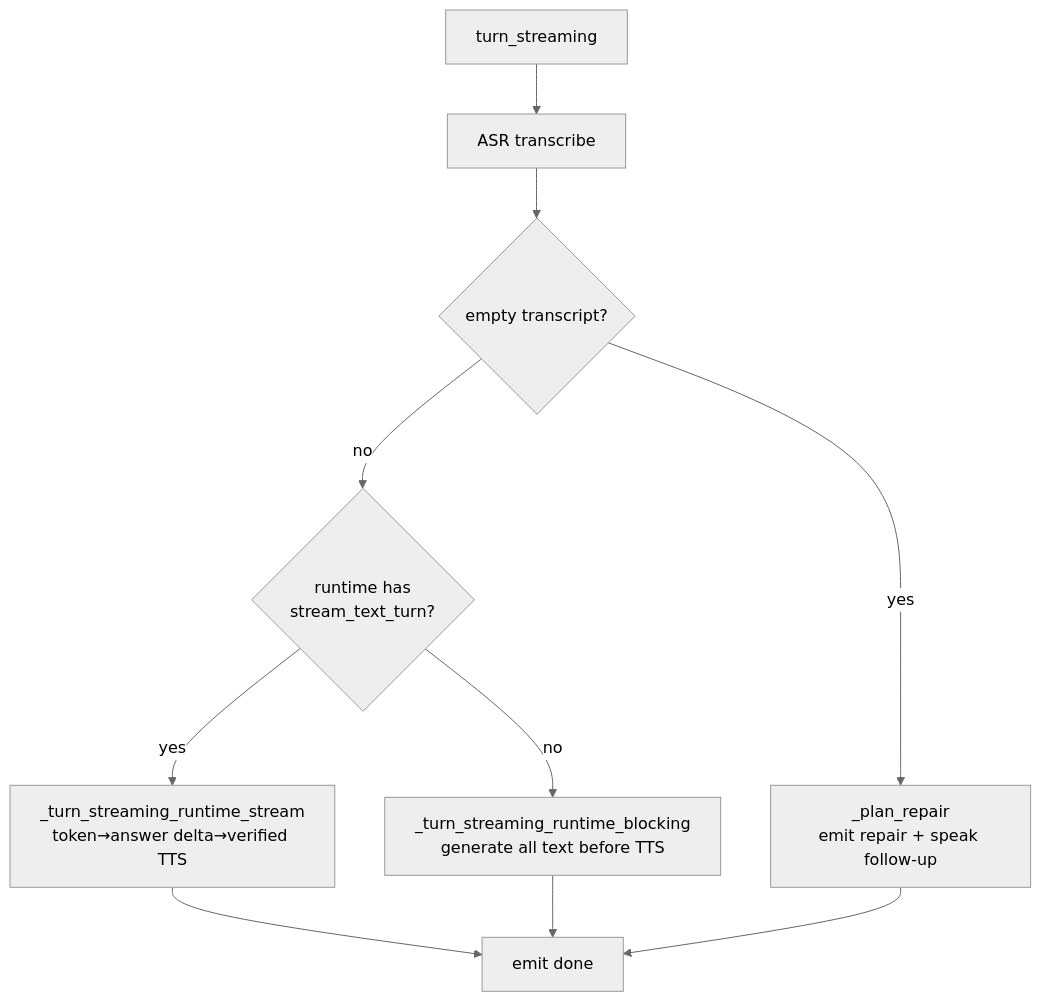
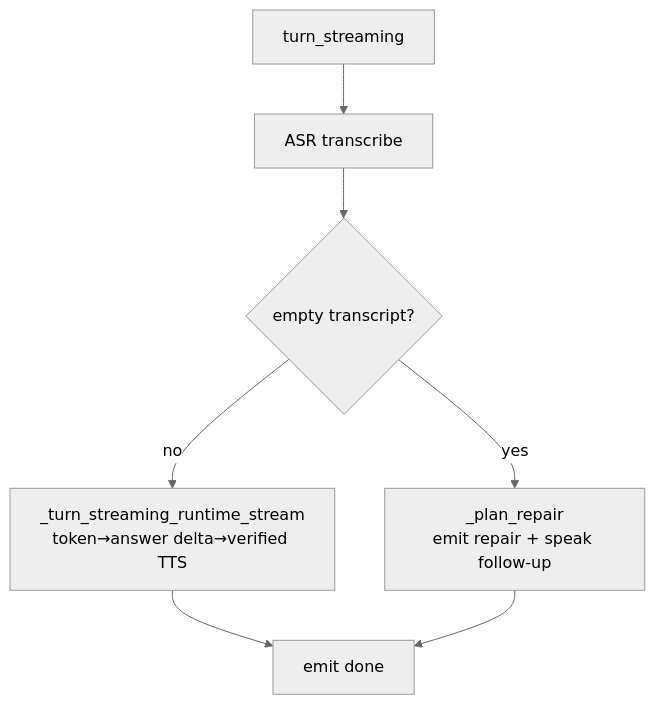
The second of 5 diagrams in docs/03-voice-pipeline.md (finalflash159/soca), drawn with Mermaid (neutral theme) before and after one commit. The commit also changed other lines of this file and 187 other files, not shown here.

````diff
--- a/docs/03-voice-pipeline.md
+++ b/docs/03-voice-pipeline.md
@@ -34,12 +34,9 @@
 ```mermaid
 flowchart TD
     S[turn_streaming] --> ASR[ASR transcribe]
     ASR --> Q{empty transcript?}
     Q -->|yes| REP[_plan_repair<br/>emit repair + speak follow-up]
-    Q -->|no| HAS{runtime has<br/>stream_text_turn?}
-    HAS -->|yes| STREAM[_turn_streaming_runtime_stream<br/>token→answer delta→verified TTS]
-    HAS -->|no| BLOCK[_turn_streaming_runtime_blocking<br/>generate all text before TTS]
+    Q -->|no| STREAM[_turn_streaming_runtime_stream<br/>token→answer delta→verified TTS]
     STREAM --> DONE[emit done]
-    BLOCK --> DONE
     REP --> DONE
 ```
````
